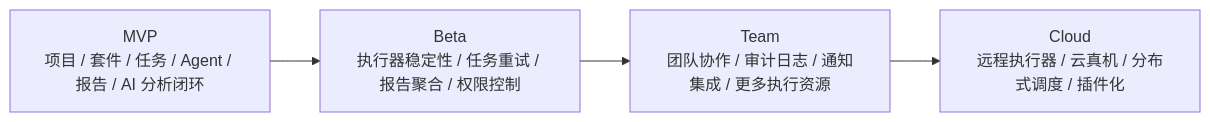
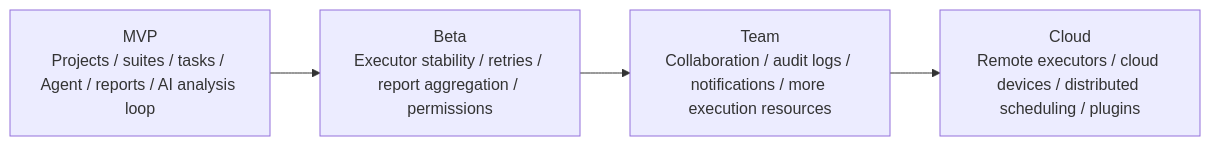
One commit to qd1332543/TestPlatform changed the fourth of 4 diagrams in README.md. Above: the diagram before and after it, drawn with Mermaid. The commit also changed other lines of this file and 2 other files, not shown here.

````diff
--- a/README.md
+++ b/README.md
@@ -406,9 +413,9 @@
 ```mermaid
 flowchart LR
-    MVP[MVP<br/>项目 / 套件 / 任务 / Agent / 报告 / AI 分析闭环]
-    Beta[Beta<br/>执行器稳定性 / 任务重试 / 报告聚合 / 权限控制]
-    Team[Team<br/>团队协作 / 审计日志 / 通知集成 / 更多执行资源]
-    Cloud[Cloud<br/>远程执行器 / 云真机 / 分布式调度 / 插件化]
+    MVP[MVP<br/>Projects / suites / tasks / Agent / reports / AI analysis loop]
+    Beta[Beta<br/>Executor stability / retries / report aggregation / permissions]
+    Team[Team<br/>Collaboration / audit logs / notifications / more execution resources]
+    Cloud[Cloud<br/>Remote executors / cloud devices / distributed scheduling / plugins]
 
     MVP --> Beta --> Team --> Cloud
 ```
````
